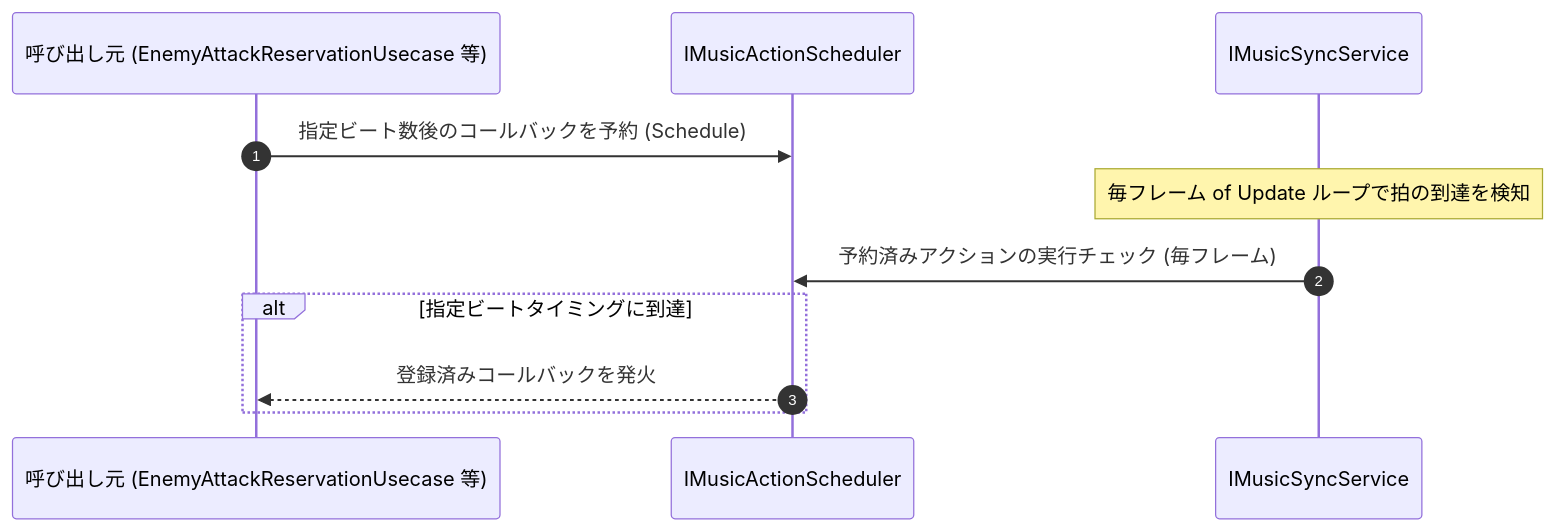
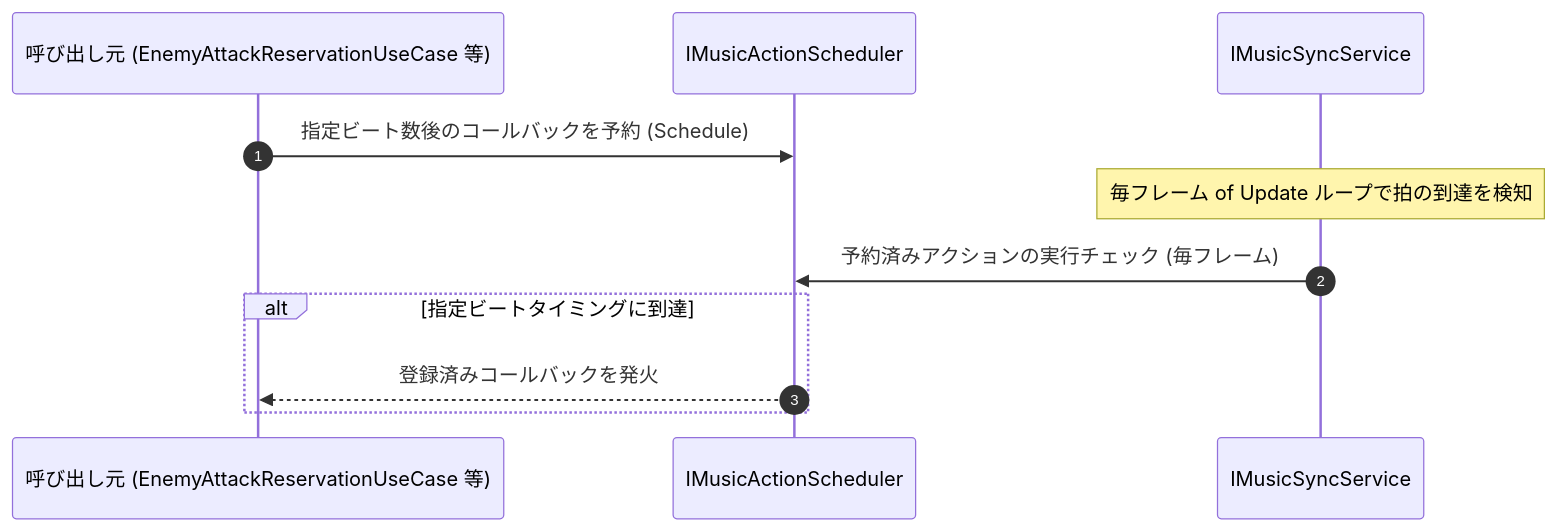
Before and after one commit to HIBIKI5201/SymphonyKillChord: the fourth of 4 diagrams in Assets/Docs/ScriptsDocs/Modules/NotionModuleDocs/Music.md, drawn with Mermaid. The commit also changed other lines of this file and 89 other files, not shown here.

First line of the commit message:
refactor: 型名の綴りと表記ゆれを直す（AttackPipelineAsset・UseCase・Repository）

````diff
--- a/Assets/Docs/ScriptsDocs/Modules/NotionModuleDocs/Music.md
+++ b/Assets/Docs/ScriptsDocs/Modules/NotionModuleDocs/Music.md
@@ -206,14 +206,14 @@
 ```mermaid
 sequenceDiagram
     autonumber
-    participant Caller as 呼び出し元 (EnemyAttackReservationUsecase 等)
+    participant Caller as 呼び出し元 (EnemyAttackReservationUseCase 等)
     participant Scheduler as IMusicActionScheduler
     participant MSService as IMusicSyncService
 
     Caller ->> Scheduler: 指定ビート数後のコールバックを予約 (Schedule)
     Note over MSService: 毎フレーム of Update ループで拍の到達を検知
     MSService ->> Scheduler: 予約済みアクションの実行チェック (毎フレーム)
     alt 指定ビートタイミングに到達
         Scheduler -->> Caller: 登録済みコールバックを発火
     end
 ```
````
